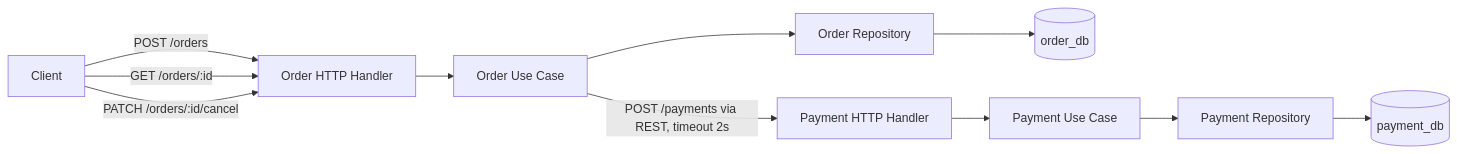
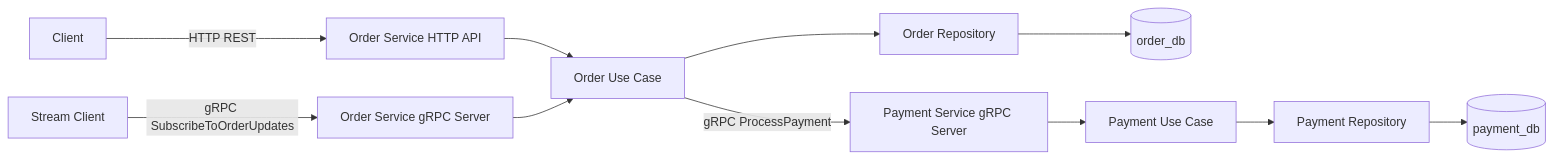
One commit to juniorqazaq/microservice changed the diagram in README.md. Above: the diagram before and after it, drawn with Mermaid. The commit also changed other lines of this file and 11 other files, not shown here.

Commit message:
feat(order): migrate order service to gRPC and streaming

````diff
--- a/README.md
+++ b/README.md
@@ -56,13 +16,13 @@
 ```mermaid
 flowchart LR
-    Client["Client"] -->|POST /orders| OrderHandler["Order HTTP Handler"]
-    Client -->|GET /orders/:id| OrderHandler
-    Client -->|PATCH /orders/:id/cancel| OrderHandler
-    OrderHandler --> OrderUseCase["Order Use Case"]
-    OrderUseCase --> OrderRepo["Order Repository"]
+    Client["Client"] -->|HTTP REST| OrderHTTP["Order Service HTTP API"]
+    OrderHTTP --> OrderUC["Order Use Case"]
+    OrderUC --> OrderRepo["Order Repository"]
     OrderRepo --> OrderDB[("order_db")]
-    OrderUseCase -->|POST /payments via REST, timeout 2s| PaymentHandler["Payment HTTP Handler"]
-    PaymentHandler --> PaymentUseCase["Payment Use Case"]
-    PaymentUseCase --> PaymentRepo["Payment Repository"]
+    OrderUC -->|gRPC ProcessPayment| PaymentGRPC["Payment Service gRPC Server"]
+    PaymentGRPC --> PaymentUC["Payment Use Case"]
+    PaymentUC --> PaymentRepo["Payment Repository"]
     PaymentRepo --> PaymentDB[("payment_db")]
+    StreamClient["Stream Client"] -->|gRPC SubscribeToOrderUpdates| OrderGRPC["Order Service gRPC Server"]
+    OrderGRPC --> OrderUC
 ```
````
